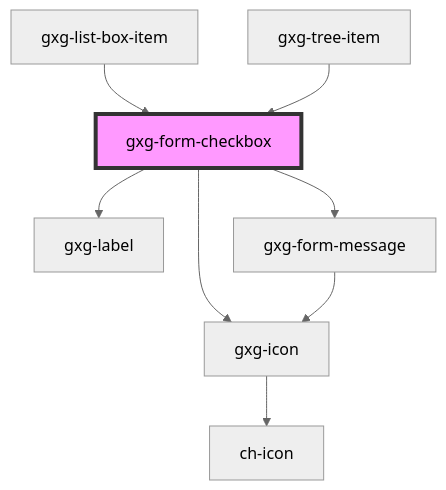
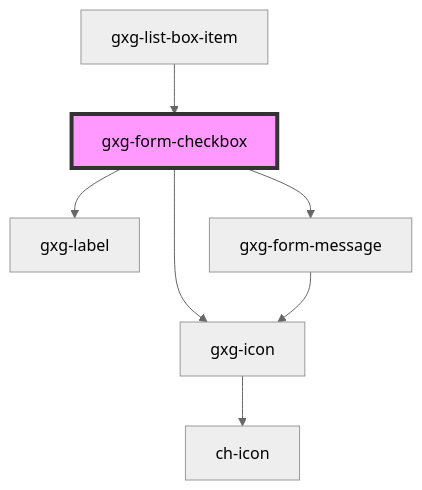
Before and after one commit to genexuslabs/gemini: the diagram in src/components/form-checkbox/readme.md, drawn with Mermaid (neutral theme). The commit also changed other lines of this file and 29 other files, not shown here.

````diff
--- a/src/components/form-checkbox/readme.md
+++ b/src/components/form-checkbox/readme.md
@@ -78,11 +77,10 @@
 ```mermaid
 graph TD;
   gxg-form-checkbox --> gxg-icon
   gxg-form-checkbox --> gxg-label
   gxg-form-checkbox --> gxg-form-message
   gxg-icon --> ch-icon
   gxg-form-message --> gxg-icon
   gxg-list-box-item --> gxg-form-checkbox
-  gxg-tree-item --> gxg-form-checkbox
   style gxg-form-checkbox fill:#f9f,stroke:#333,stroke-width:4px
 ```
````
